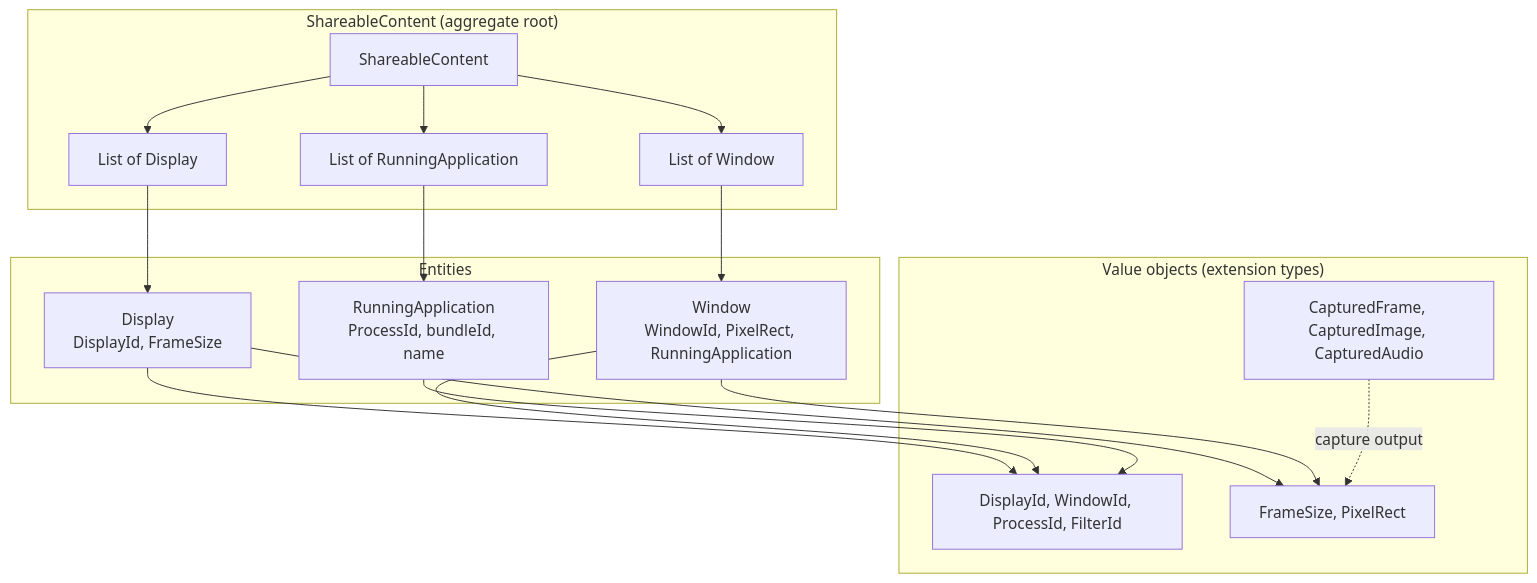
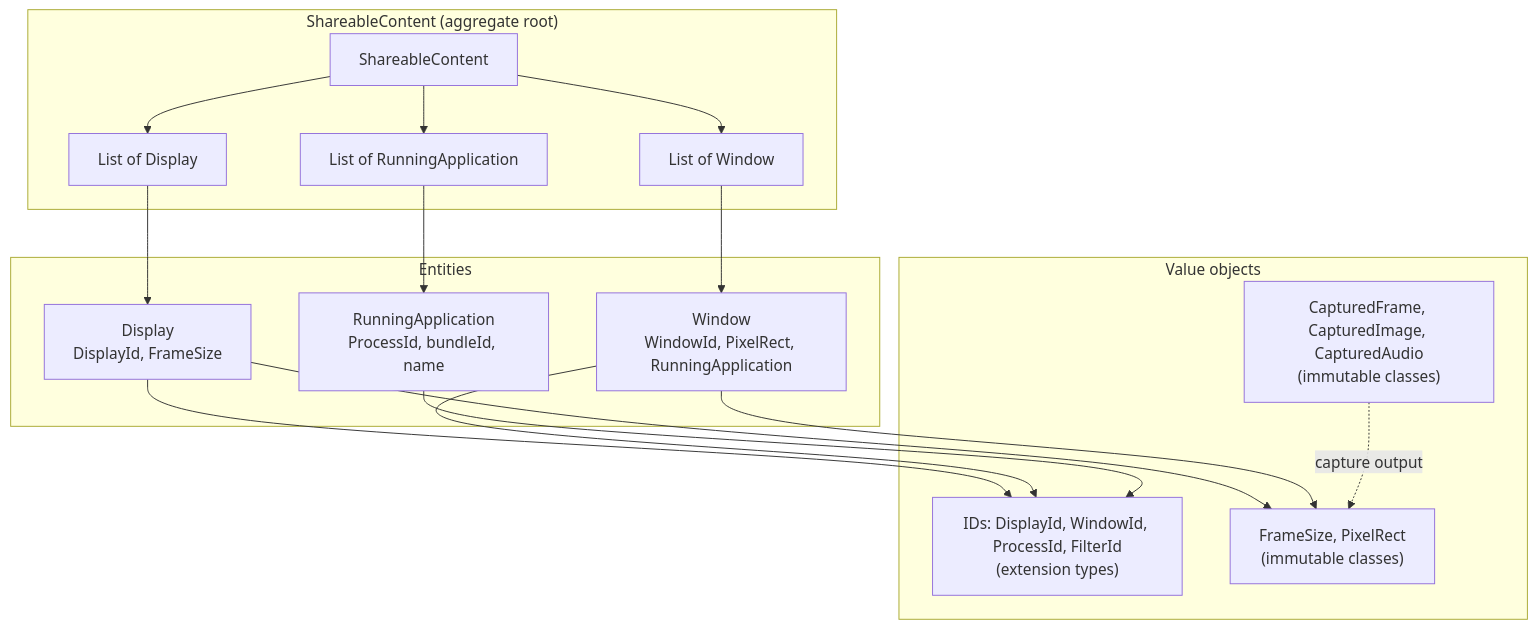
Before and after one commit to blendfactory/screen-capture-kit: the second of 2 diagrams in doc/domain-model.md, drawn with Mermaid. The commit also changed other lines of this file and 3 other files, not shown here.

````diff
--- a/doc/domain-model.md
+++ b/doc/domain-model.md
@@ -106,28 +107,28 @@
 ```mermaid
 flowchart TB
   subgraph Aggregate["ShareableContent (aggregate root)"]
     SC["ShareableContent"]
     SC --> L1["List of Display"]
     SC --> L2["List of Window"]
     SC --> L3["List of RunningApplication"]
   end
   subgraph Entities["Entities"]
     D["Display\nDisplayId, FrameSize"]
     W["Window\nWindowId, PixelRect, RunningApplication"]
     RA["RunningApplication\nProcessId, bundleId, name"]
   end
-  subgraph ValueObjects["Value objects (extension types)"]
-    ID["DisplayId, WindowId, ProcessId, FilterId"]
-    GEO["FrameSize, PixelRect"]
-    CAP["CapturedFrame, CapturedImage, CapturedAudio"]
+  subgraph ValueObjects["Value objects"]
+    ID["IDs: DisplayId, WindowId, ProcessId, FilterId\n(extension types)"]
+    GEO["FrameSize, PixelRect\n(immutable classes)"]
+    CAP["CapturedFrame, CapturedImage, CapturedAudio\n(immutable classes)"]
   end
   L1 --> D
   L2 --> W
   L3 --> RA
   D --> ID
   D --> GEO
   W --> ID
   W --> GEO
   RA --> ID
   CAP -.->|capture output| GEO
 ```
````
